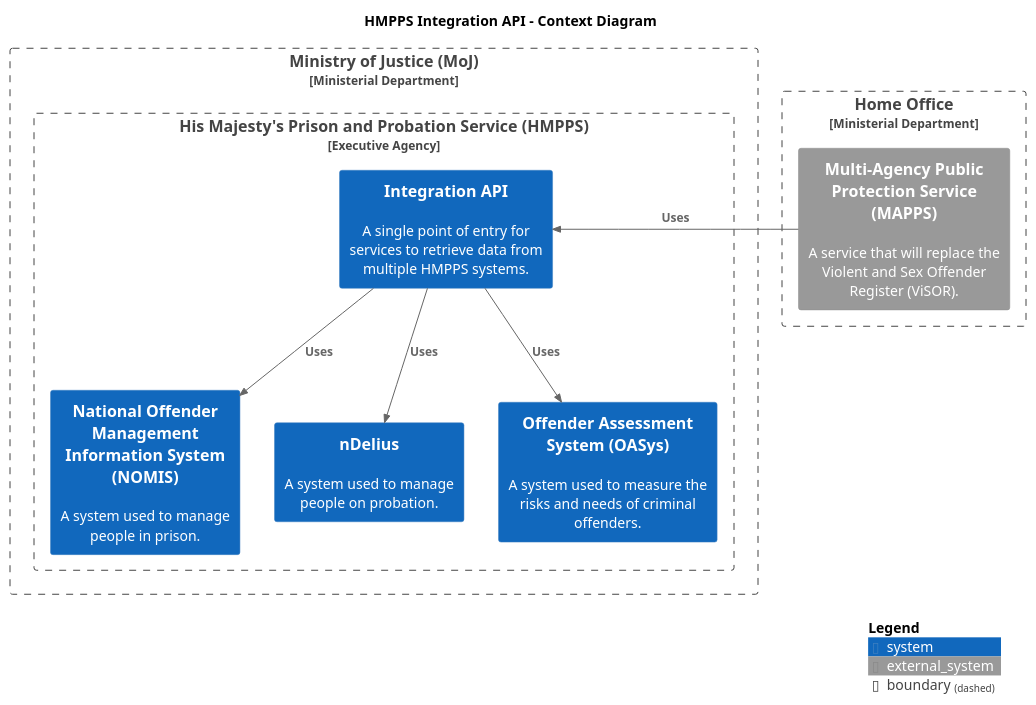
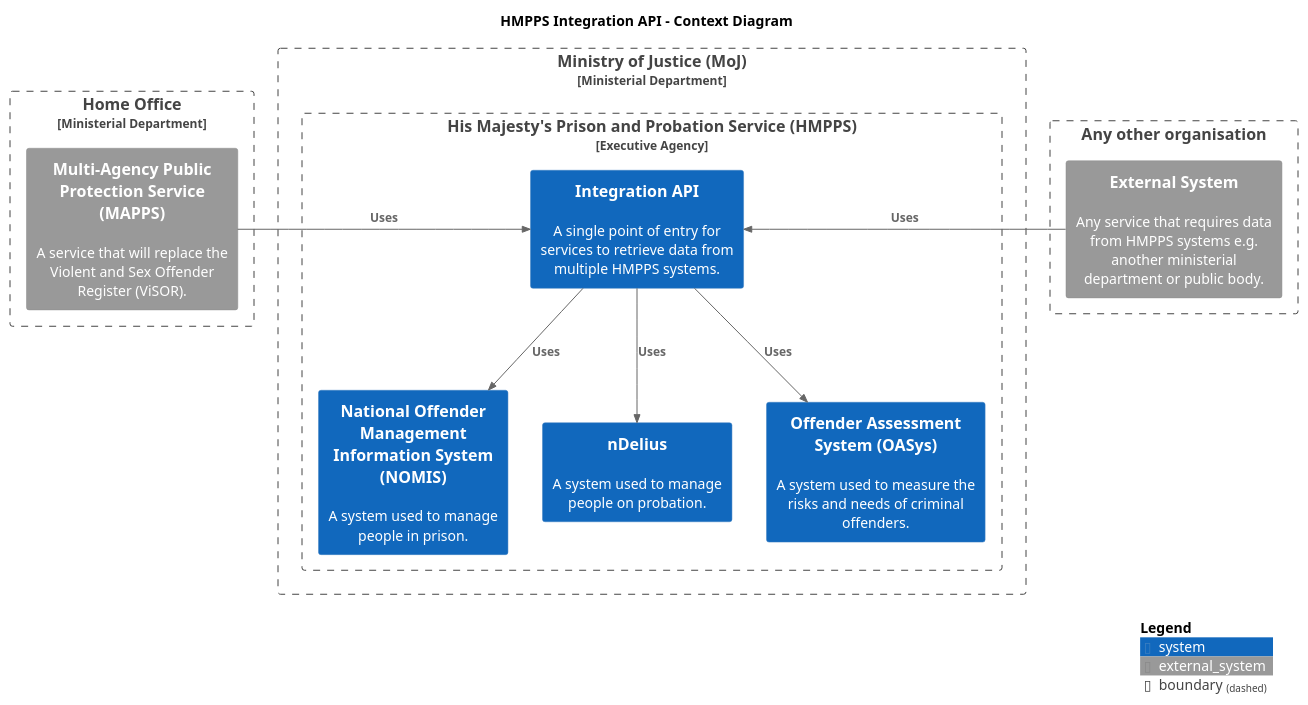
Before and after one commit to ministryofjustice/hmpps-integration-api: the diagram in docs/diagrams/context-diagram.puml, drawn with PlantUML. The commit also changed 2 other files, not shown here.

Commit message:
Add guidance for updating diagrams in README (#17)
* Update context diagram to show that other organisations may be consumers

* Add guidance for updating diagrams in README

```diff
--- a/docs/diagrams/context-diagram.puml
+++ b/docs/diagrams/context-diagram.puml
@@ -1,31 +1,36 @@
 @startuml context-diagram
 
 !include https://raw.githubusercontent.com/plantuml-stdlib/C4-PlantUML/master/C4_Context.puml
 
 skinparam linetype polyline
 
 title HMPPS Integration API - Context Diagram
 
 Boundary(home_office, "Home Office", "Ministerial Department") {
   System_Ext(mapps, "Multi-Agency Public Protection Service (MAPPS)", "A service that will replace the Violent and Sex Offender Register (ViSOR).")
+}
+
+Boundary(other_organisation, "Any other organisation") {
+  System_Ext(external_system, "External System", "Any service that requires data from HMPPS systems e.g. another ministerial department or public body.")
 }
 
 Boundary(moj, "Ministry of Justice (MoJ)", "Ministerial Department") {
   Boundary(hmpps, "His Majesty's Prison and Probation Service (HMPPS)", "Executive Agency") {
     System(hmpps_integration_api, "Integration API", "A single point of entry for services to retrieve data from multiple HMPPS systems.")
 
     System(nomis, "National Offender Management Information System (NOMIS)", "A system used to manage people in prison.")
     System(ndelius, "nDelius", "A system used to manage people on probation.")
     System(oasys, "Offender Assessment System (OASys)", "A system used to measure the risks and needs of criminal offenders.")
   }
 }
 
 Rel(hmpps_integration_api, nomis, "Uses")
 Rel(hmpps_integration_api, ndelius, "Uses")
 Rel(hmpps_integration_api, oasys, "Uses")
 
-Rel_Left(mapps, hmpps_integration_api, "Uses")
+Rel_Right(mapps, hmpps_integration_api, "Uses")
+Rel_Left(external_system, hmpps_integration_api, "Uses")
 
 SHOW_DYNAMIC_LEGEND()
 
 @enduml
```
